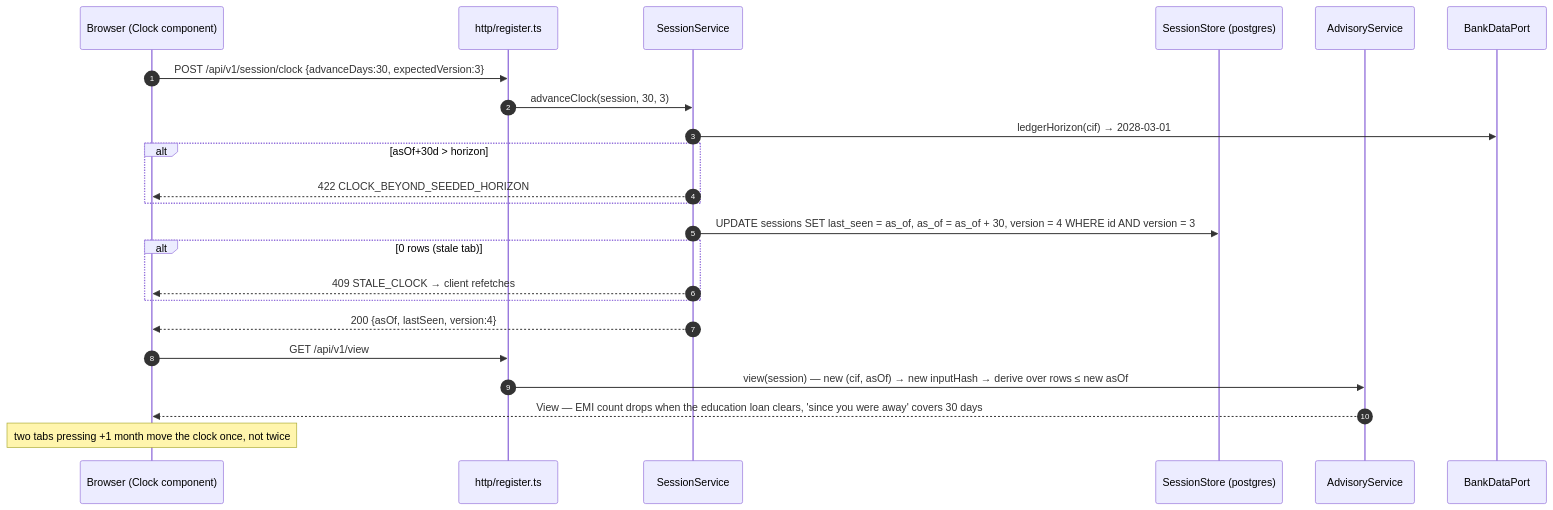
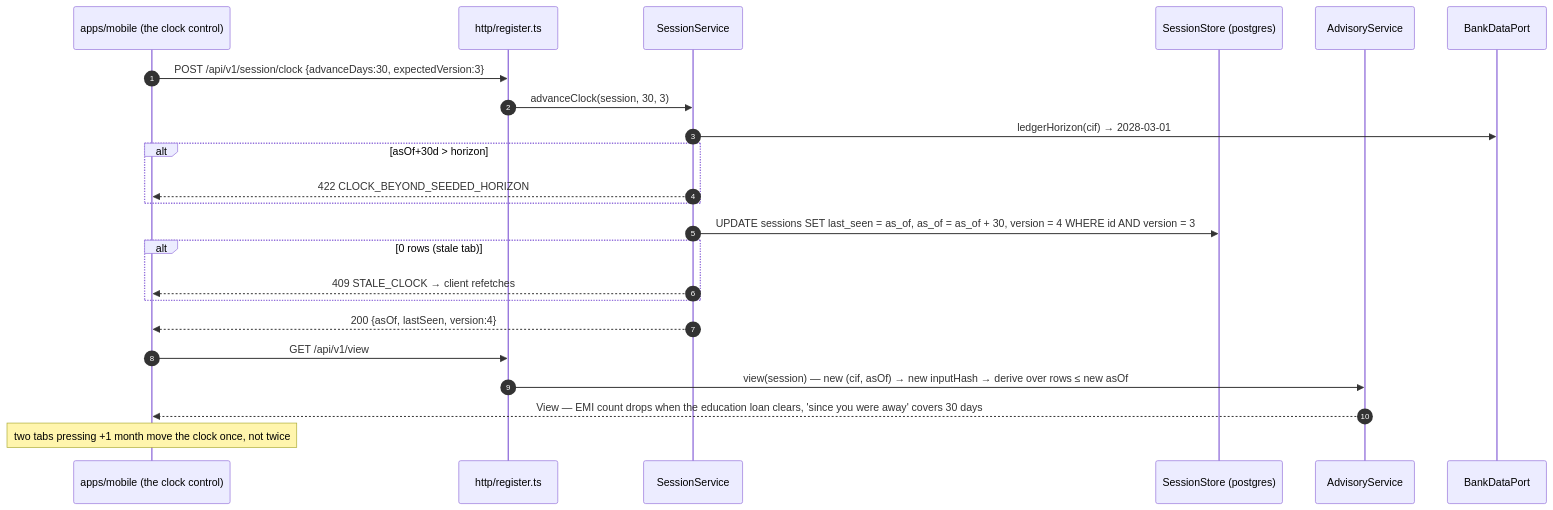
One commit to dhan-sarthi/dhan-sarthi changed the sixth of 6 diagrams in docs/architecture/lifecycles.md. Above: the diagram before and after it, drawn with Mermaid. The commit also changed other lines of this file and 45 other files, not shown here.

````diff
--- a/docs/architecture/lifecycles.md
+++ b/docs/architecture/lifecycles.md
@@ -193,25 +209,25 @@
 ```mermaid
 sequenceDiagram
     autonumber
-    participant B as Browser (Clock component)
+    participant B as apps/mobile (the clock control)
     participant H as http/register.ts
     participant S as SessionService
     participant ST as SessionStore (postgres)
     participant A as AdvisoryService
     participant BD as BankDataPort
     B->>H: POST /api/v1/session/clock {advanceDays:30, expectedVersion:3}
     H->>S: advanceClock(session, 30, 3)
     S->>BD: ledgerHorizon(cif) → 2028-03-01
     alt asOf+30d > horizon
         S-->>B: 422 CLOCK_BEYOND_SEEDED_HORIZON
     end
     S->>ST: UPDATE sessions SET last_seen = as_of, as_of = as_of + 30, version = 4 WHERE id AND version = 3
     alt 0 rows (stale tab)
         S-->>B: 409 STALE_CLOCK → client refetches
     end
     S-->>B: 200 {asOf, lastSeen, version:4}
     B->>H: GET /api/v1/view
     H->>A: view(session) — new (cif, asOf) → new inputHash → derive over rows ≤ new asOf
     A-->>B: View — EMI count drops when the education loan clears, 'since you were away' covers 30 days
     Note over B: two tabs pressing +1 month move the clock once, not twice
 ```
````
